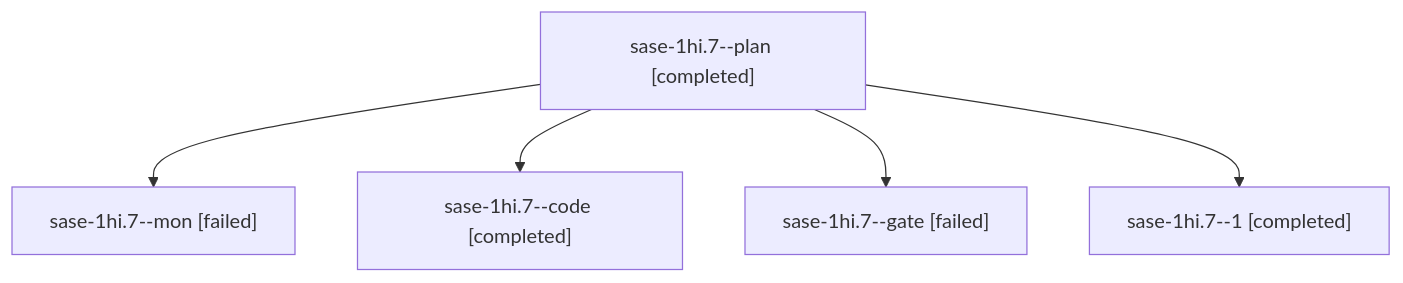
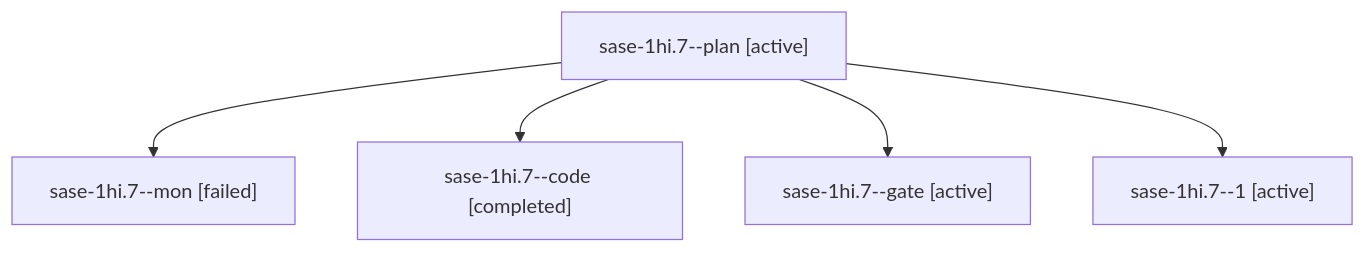
The diagram in sessions/bbugyi200.apollo.sase-1hi.7.md (sase-org/sase--agents), drawn with Mermaid before and after one commit. The commit also changed other lines of this file and 330 other files, not shown here.

````diff
--- a/sessions/bbugyi200.apollo.sase-1hi.7.md
+++ b/sessions/bbugyi200.apollo.sase-1hi.7.md
@@ -9,12 +9,12 @@
 ```mermaid
 flowchart TD
-  n0["sase-1hi.7--plan [completed]"]
+  n0["sase-1hi.7--plan [active]"]
   n1["sase-1hi.7--mon [failed]"]
   n0 --> n1
   n2["sase-1hi.7--code [completed]"]
   n0 --> n2
-  n3["sase-1hi.7--gate [failed]"]
+  n3["sase-1hi.7--gate [active]"]
   n0 --> n3
-  n4["sase-1hi.7--1 [completed]"]
+  n4["sase-1hi.7--1 [active]"]
   n0 --> n4
 ```
````
